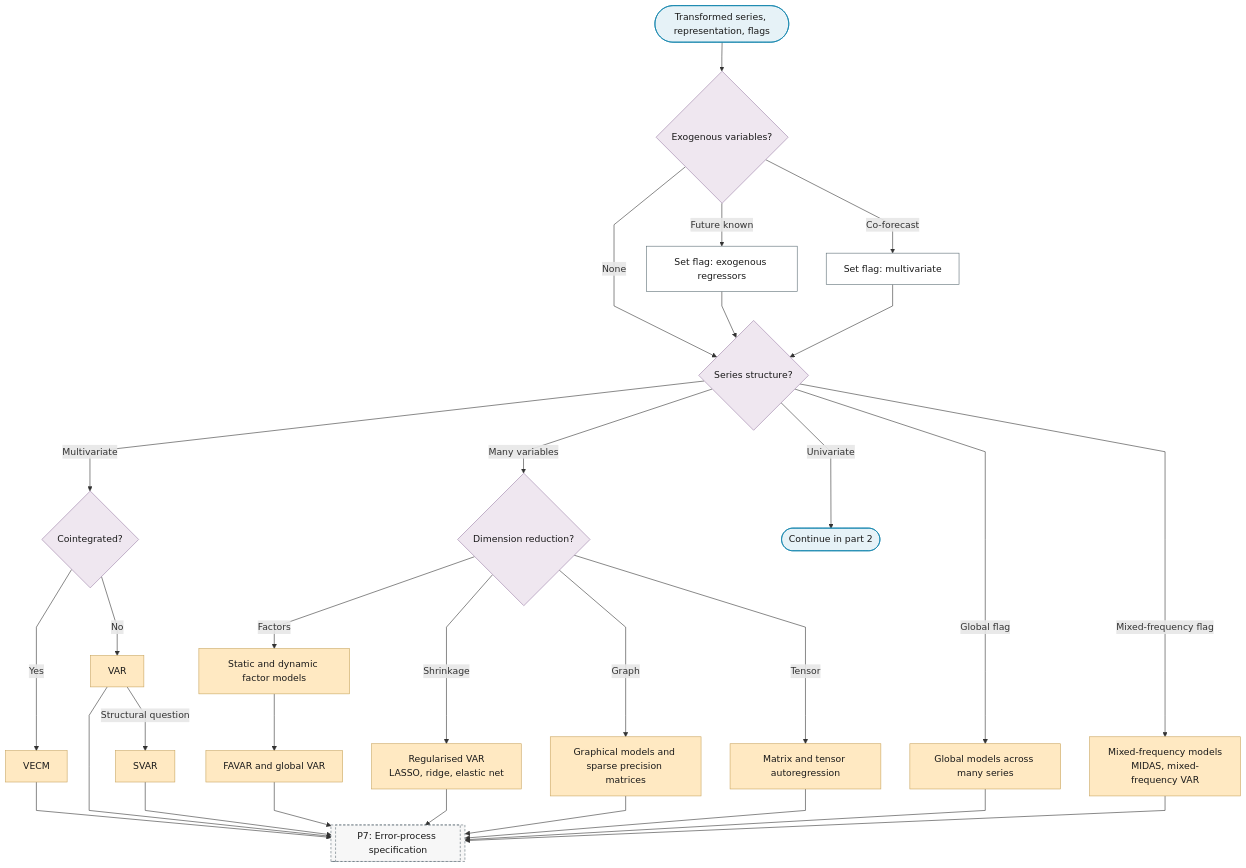
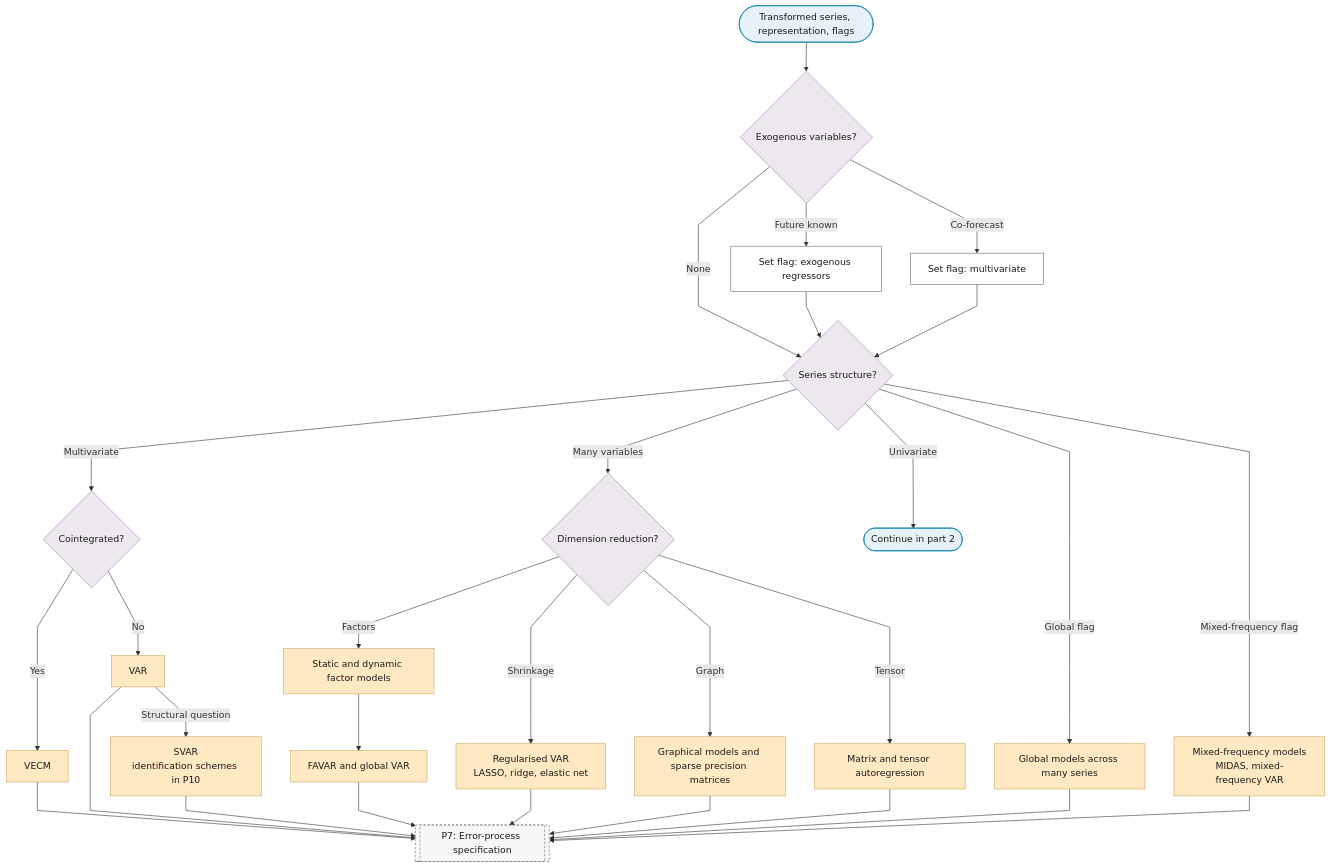
The first of 6 diagrams in docs/01-workflow/p06-mean-model-class.md (Shuxin-Y/time-series-analysis-manual), drawn with Mermaid before and after one commit. The commit also changed other lines of this file and 27 other files, not shown here.

First line of the commit message:
fix(flowchart): one method, one leaf

````diff
--- a/docs/01-workflow/p06-mean-model-class.md
+++ b/docs/01-workflow/p06-mean-model-class.md
@@ -11,38 +11,38 @@
 ```mermaid
 %%{init: {"flowchart": {"curve": "linear"}}}%%
 graph TD
     P6_IN(["Transformed series, representation, flags"]) --> P6_EXOGENOUS{"Exogenous variables?"}
     P6_EXOGENOUS -->|"Future known"| P6_EXOG_FLAG["Set flag: exogenous regressors"]
     P6_EXOGENOUS -->|"Co-forecast"| P6_MULTI_FLAG["Set flag: multivariate"]
     P6_EXOGENOUS -->|"None"| P6_SCALE
     P6_EXOG_FLAG & P6_MULTI_FLAG --> P6_SCALE{"Series structure?"}
     P6_SCALE -->|"Global flag"| P6_GLOBAL_MODELS["Global models across many series"]
     P6_SCALE -->|"Multivariate"| P6_COINTEGRATED{"Cointegrated?"}
     P6_SCALE -->|"Many variables"| P6_DIMENSION{"Dimension reduction?"}
     P6_SCALE -->|"Mixed-frequency flag"| P6_MIXED_FREQUENCY["Mixed-frequency models<br/>MIDAS, mixed-frequency VAR"]
     P6_SCALE -->|"Univariate"| P6_TO_PART_2(["Continue in part 2"])
     P6_COINTEGRATED -->|"Yes"| P6_VECM["VECM"]
     P6_COINTEGRATED -->|"No"| P6_VAR["VAR"]
-    P6_VAR -->|"Structural question"| P6_SVAR["SVAR"]
+    P6_VAR -->|"Structural question"| P6_SVAR["SVAR<br/>identification schemes in P10"]
     P6_DIMENSION -->|"Factors"| P6_FACTOR_MODELS["Static and dynamic factor models"]
     P6_DIMENSION -->|"Shrinkage"| P6_REGULARISED_VAR["Regularised VAR<br/>LASSO, ridge, elastic net"]
     P6_DIMENSION -->|"Graph"| P6_GRAPHICAL_MODELS["Graphical models and sparse precision matrices"]
     P6_DIMENSION -->|"Tensor"| P6_TENSOR_AR["Matrix and tensor autoregression"]
     P6_FACTOR_MODELS --> P6_FAVAR["FAVAR and global VAR"]
     P6_VECM & P6_VAR & P6_SVAR & P6_FAVAR --> P7
     P6_REGULARISED_VAR & P6_GRAPHICAL_MODELS & P6_TENSOR_AR --> P7
     P6_GLOBAL_MODELS & P6_MIXED_FREQUENCY --> P7[["P7: Error-process specification"]]
     class P6_IN,P6_TO_PART_2 terminator
     class P6_EXOGENOUS,P6_SCALE,P6_COINTEGRATED,P6_DIMENSION decision
     class P6_EXOG_FLAG,P6_MULTI_FLAG process
     class P6_GLOBAL_MODELS,P6_MIXED_FREQUENCY,P6_VECM,P6_VAR,P6_SVAR,P6_FACTOR_MODELS,P6_REGULARISED_VAR,P6_GRAPHICAL_MODELS,P6_TENSOR_AR,P6_FAVAR escalate
     class P7 ref
     classDef terminator fill:#E6F2F7,stroke:#007BA7,color:#1A1A1A;
     classDef process fill:#FFFFFF,stroke:#5A6B73,color:#1A1A1A;
     classDef decision fill:#EFE7F0,stroke:#9B7FA7,color:#1A1A1A;
     classDef data fill:#FFF4E0,stroke:#C9A55E,color:#1A1A1A;
     classDef good fill:#DCEFD8,stroke:#4A7A3F,color:#1A1A1A;
     classDef escalate fill:#FFE9C2,stroke:#C9A55E,color:#1A1A1A;
     classDef problem fill:#F2D9DE,stroke:#800020,color:#1A1A1A;
     classDef ref fill:#F7F7F7,stroke:#5A6B73,color:#1A1A1A,stroke-dasharray:4 3;
 ```
````
